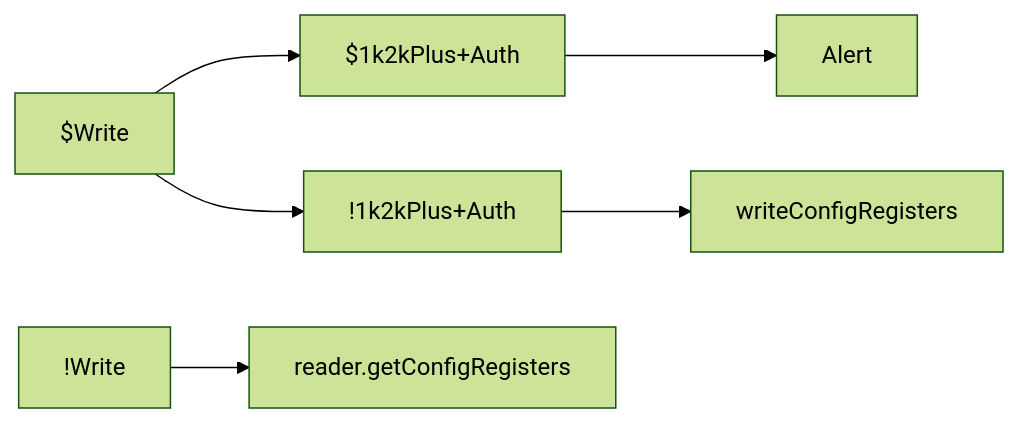
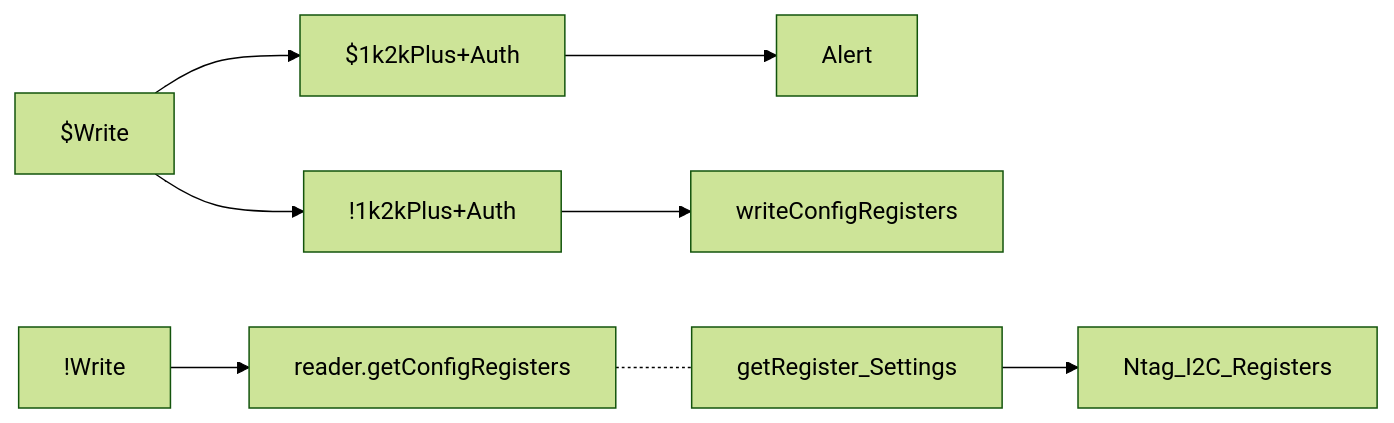
Before and after one commit to gordianknotC/nxp_note: the ninth of 9 diagrams in nxp/NtagDemo_mermaid.md, drawn with Mermaid (forest theme). The commit also changed other lines of this file, not shown here.

Commit message:
nxp/NtagDemo_mermaid.md updated from https://stackedit.io/

````diff
--- a/nxp/NtagDemo_mermaid.md
+++ b/nxp/NtagDemo_mermaid.md
@@ -285,15 +285,16 @@
 ```mermaid
 graph LR
 $Write
 !Write
 $1k2kPlus+Auth
 !1k2kPlus+Auth
 
 $Write --> $1k2kPlus+Auth
 $1k2kPlus+Auth --> Alert
 $Write --> !1k2kPlus+Auth
 !1k2kPlus+Auth --> writeConfigRegisters
 
 !Write --> reader.getConfigRegisters
-
+reader.getConfigRegisters -.- getRegister_Settings
+getRegister_Settings --> Ntag_I2C_Registers
 ```
````
